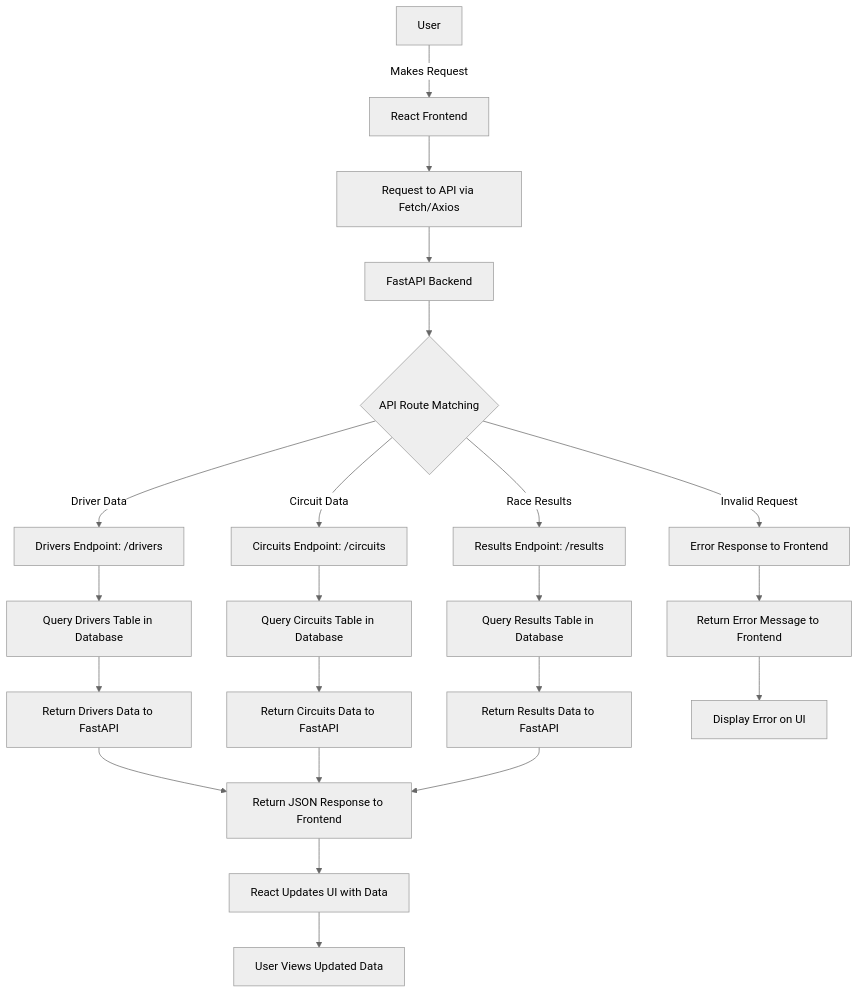
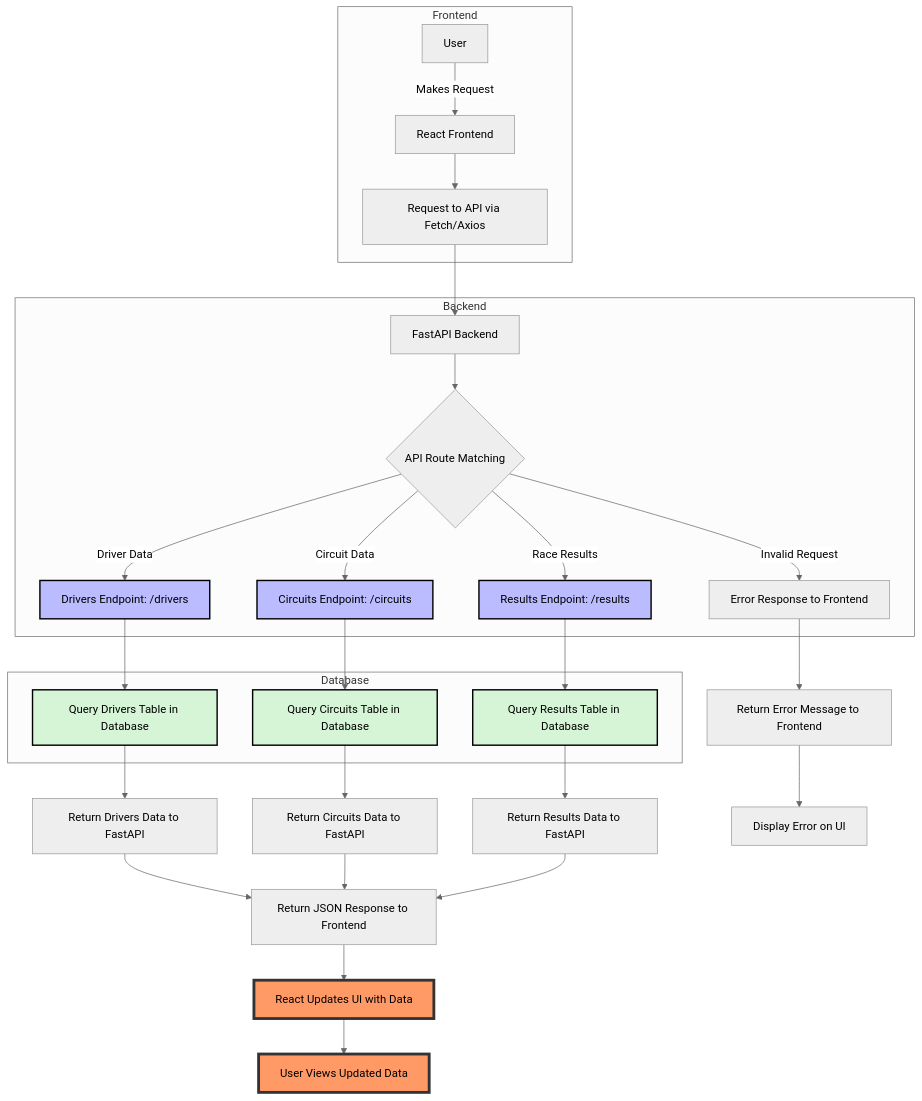
Before and after one commit to uniquedapoet/Formula-1-Api: the diagram in ProjectFlow.mmd, drawn with Mermaid (neutral theme).

Commit message:
chore: Update project flow diagram

````diff
--- a/ProjectFlow.mmd
+++ b/ProjectFlow.mmd
@@ -1,39 +1,52 @@
-``` mermaid
 graph TD
+
     %% Frontend Section
+    subgraph Frontend
     A[User] -->|Makes Request| B[React Frontend]
     B --> C[Request to API via Fetch/Axios]
+    end
 
     %% Backend Section
+    subgraph Backend
     C --> D[FastAPI Backend]
     D --> E{API Route Matching}
-
-    %% Request Flow Logic
     E -->|Driver Data| F[Drivers Endpoint: /drivers]
     E -->|Circuit Data| G[Circuits Endpoint: /circuits]
     E -->|Race Results| H[Results Endpoint: /results]
     E -->|Invalid Request| X[Error Response to Frontend]
+    end
 
     %% Database Interaction
+    subgraph Database
     F --> I[Query Drivers Table in Database]
     G --> J[Query Circuits Table in Database]
     H --> K[Query Results Table in Database]
+    end
 
     %% Response Flow
     I --> L[Return Drivers Data to FastAPI]
     J --> M[Return Circuits Data to FastAPI]
     K --> N[Return Results Data to FastAPI]
 
     %% API to Frontend
     L --> O[Return JSON Response to Frontend]
     M --> O
     N --> O
 
     %% Frontend Data Display
     O --> P[React Updates UI with Data]
     P --> Q[User Views Updated Data]
 
     %% API Error Handling
     X --> Y[Return Error Message to Frontend]
     Y --> Z[Display Error on UI]
-```
+
+    %% Styling
+    classDef important fill:#f96,stroke:#333,stroke-width:4px;
+    classDef backend fill:#bbf,stroke:#000,stroke-width:2px;
+    classDef database fill:#d6f5d6,stroke:#000,stroke-width:2px;
+    classDef filter fill:#ffd700,stroke:#333,stroke-width:2px;
+    class F,G,H backend;
+    class I,J,K database;
+    class P,Q important;
+    class A1,F1,F2,F3,L1,L2,L3,M1,M2,M3 filter;
````
